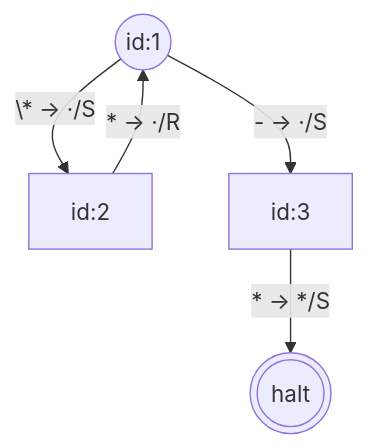
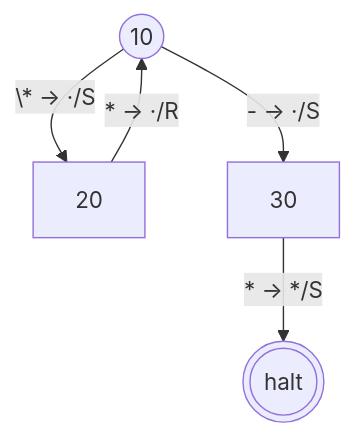
One commit to mellonis/post-machine-js changed the second of 4 diagrams in packages/machine/README.md. Above: the diagram before and after it, drawn with Mermaid. The commit also changed other lines of this file and 1 other file, not shown here.

Commit message:
Tighten Mermaid shape-pin tests to literal instruction-derived names

````diff
--- a/packages/machine/README.md
+++ b/packages/machine/README.md
@@ -78,12 +78,12 @@
 ```mermaid
 flowchart TD
 %% alphabets: [[" ","*"]]
   s0(((halt)))
-  s1(("id:1"))
-  s2["id:2"]
-  s3["id:3"]
+  s1(("10"))
+  s2["20"]
+  s3["30"]
   s1 -- "\* → ·/S" --> s2
   s1 -- "- → ·/S" --> s3
   s2 -- "* → ·/R" --> s1
   s3 -- "* → */S" --> s0
 ```
````
